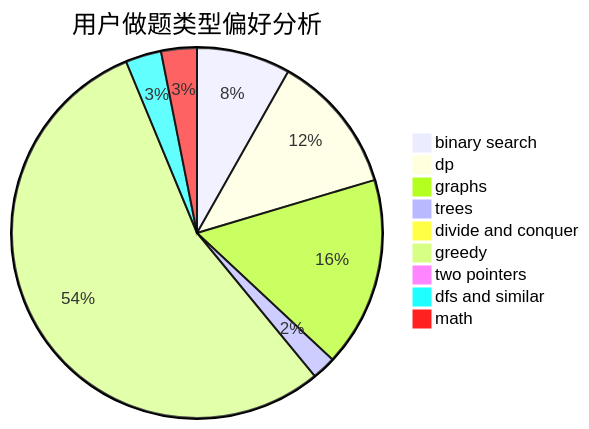
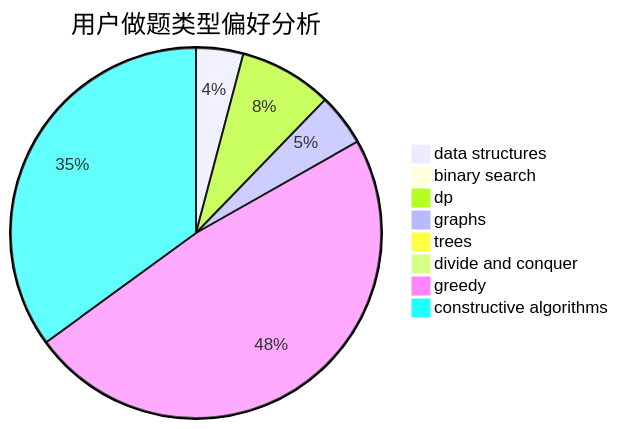
The second of 3 diagrams in docs/user/u647.md (sherpahu/cfrs.github.io), drawn with Mermaid before and after one commit. The commit also changed other lines of this file and 2775 other files, not shown here.

````diff
--- a/docs/user/u647.md
+++ b/docs/user/u647.md
@@ -23,12 +23,11 @@
 ```mermaid
 pie title 用户做题类型偏好分析
-    "binary search" :  118
-    "dp" :  176
-    "graphs" :  239
-    "trees" :  30
-    "divide and conquer" :  10
-    "greedy" :  789
-    "two pointers" :  6
-    "dfs and similar" :  45
-    "math" :  45
+    "data structures" :  46
+    "binary search" :  6
+    "dp" :  91
+    "graphs" :  51
+    "trees" :  2
+    "divide and conquer" :  0
+    "greedy" :  539
+    "constructive algorithms" :  392
 ```
````
